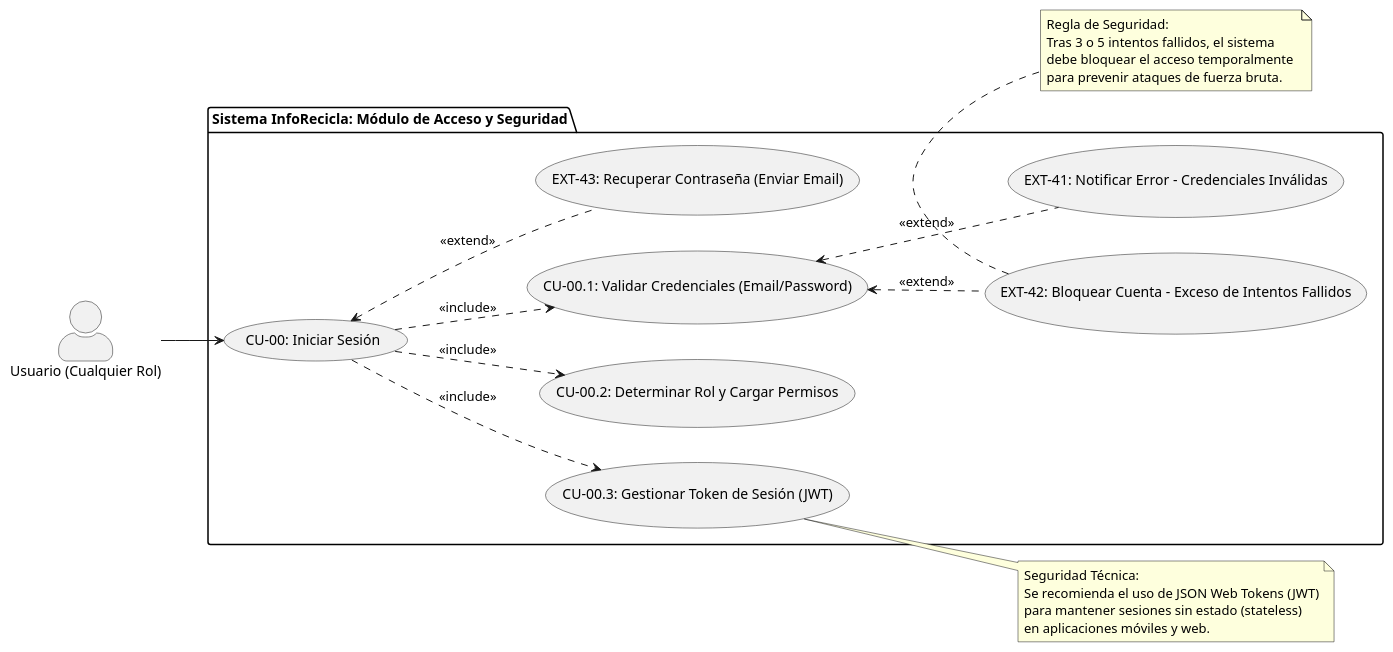
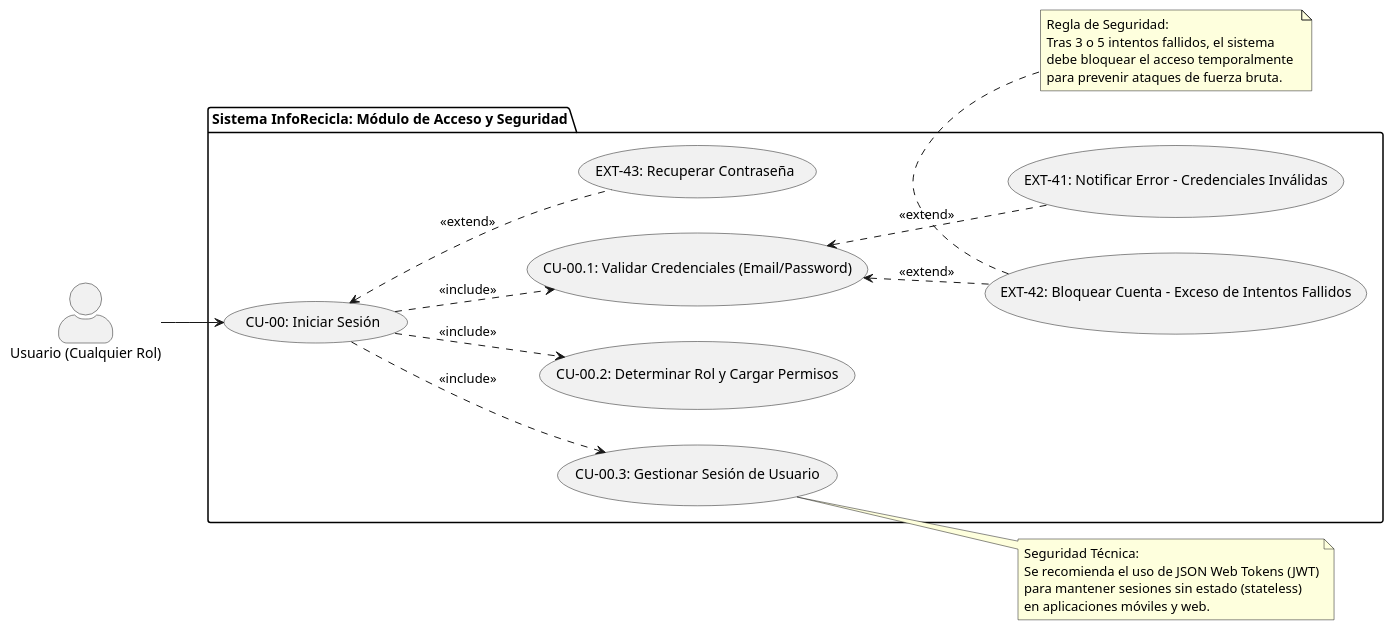
Before and after one commit to ElianMMCode/Inforecicla: the diagram in docs/cu/CU-00_Iniciar Sesión.puml, drawn with PlantUML. The commit also changed 7 other files, not shown here.

```diff
--- a/docs/cu/CU-00_Iniciar Sesión.puml
+++ b/docs/cu/CU-00_Iniciar Sesión.puml
@@ -1,46 +1,46 @@
 @startuml
 skinparam actorStyle awesome
 left to right direction
 
 actor "Usuario (Cualquier Rol)" as User
 
 package "Sistema InfoRecicla: Módulo de Acceso y Seguridad" {
     usecase "CU-00: Iniciar Sesión" as UC_Login
     
     usecase "CU-00.1: Validar Credenciales (Email/Password)" as UC_Val
     usecase "CU-00.2: Determinar Rol y Cargar Permisos" as UC_Role
-    usecase "CU-00.3: Gestionar Token de Sesión (JWT)" as UC_Token
+    usecase "CU-00.3: Gestionar Sesión de Usuario" as UC_Token
     
     usecase "EXT-41: Notificar Error - Credenciales Inválidas" as UC_ErrCred
     usecase "EXT-42: Bloquear Cuenta - Exceso de Intentos Fallidos" as UC_Lock
-    usecase "EXT-43: Recuperar Contraseña (Enviar Email)" as UC_Forgot
+    usecase "EXT-43: Recuperar Contraseña" as UC_Forgot
 }
 
 ' Relación del Actor (Universal para Ciudadano, Gestor y Admin)
 User --> UC_Login
 
 ' Relaciones de Inclusión (Pasos internos del backend)
 UC_Login ..> UC_Val : <<include>>
 UC_Login ..> UC_Role : <<include>>
 UC_Login ..> UC_Token : <<include>>
 
 ' Relaciones de Extensión (Flujos alternos y de recuperación)
 UC_Val <.. UC_ErrCred : <<extend>>
 UC_Val <.. UC_Lock : <<extend>>
 UC_Login <.. UC_Forgot : <<extend>>
 
 note right of UC_Token
   Seguridad Técnica:
   Se recomienda el uso de JSON Web Tokens (JWT)
   para mantener sesiones sin estado (stateless)
   en aplicaciones móviles y web.
 end note
 
 note bottom of UC_Lock
   Regla de Seguridad:
   Tras 3 o 5 intentos fallidos, el sistema 
   debe bloquear el acceso temporalmente 
   para prevenir ataques de fuerza bruta.
 end note
 
 @enduml
```
